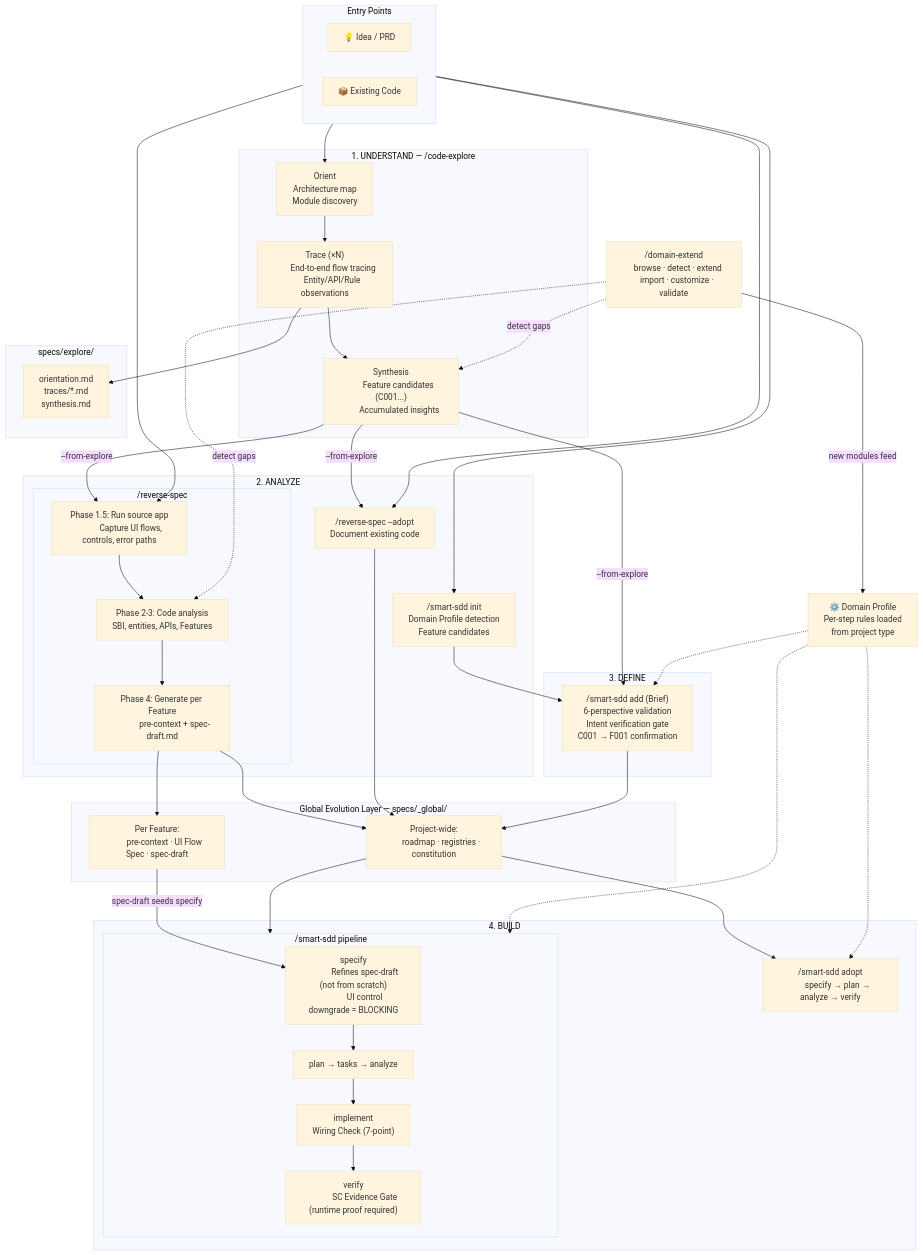
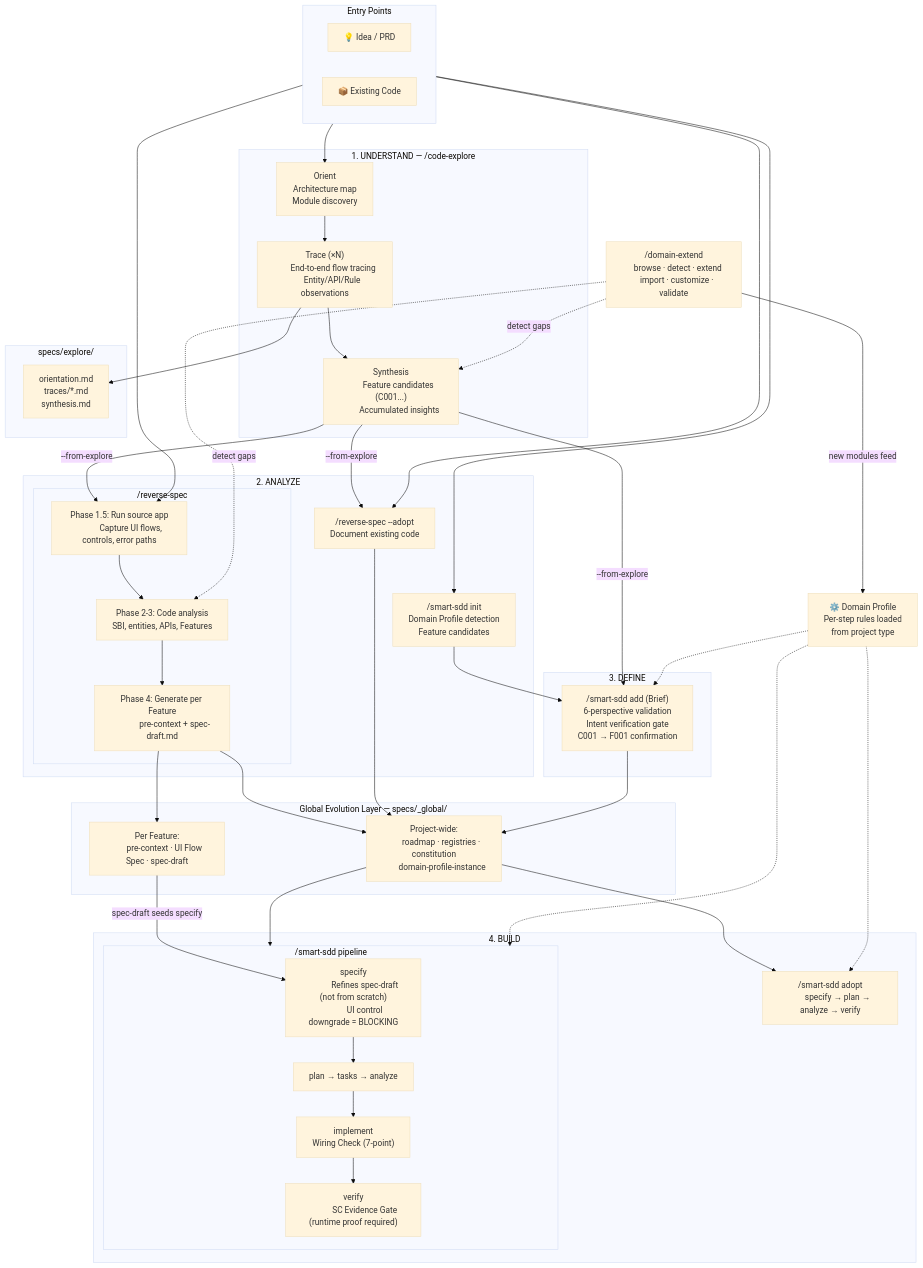
Before and after one commit to coolhero/spec-kit-skills: the first of 2 diagrams in README.md, drawn with Mermaid (base theme). The commit also changed 1 other file, not shown here.

Commit message:
Add domain-profile-instance to GEL Mermaid diagrams
Both README.md and README.ko.md: updated the Global Evolution Layer
subgraph to include domain-profile-instance as the 4th GEL artifact.

```diff
--- a/README.md
+++ b/README.md
@@ -349,7 +349,8 @@
 
     subgraph gel["Global Evolution Layer — specs/_global/"]
         GEL_PROJ["Project-wide:
-        roadmap · registries · constitution"]
+        roadmap · registries · constitution
+        domain-profile-instance"]
         GEL_FEAT["Per Feature:
         pre-context · UI Flow Spec · spec-draft"]
     end
```
